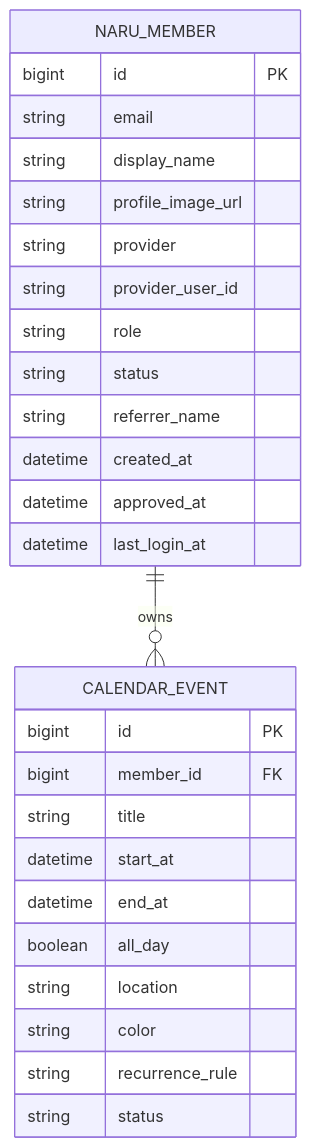
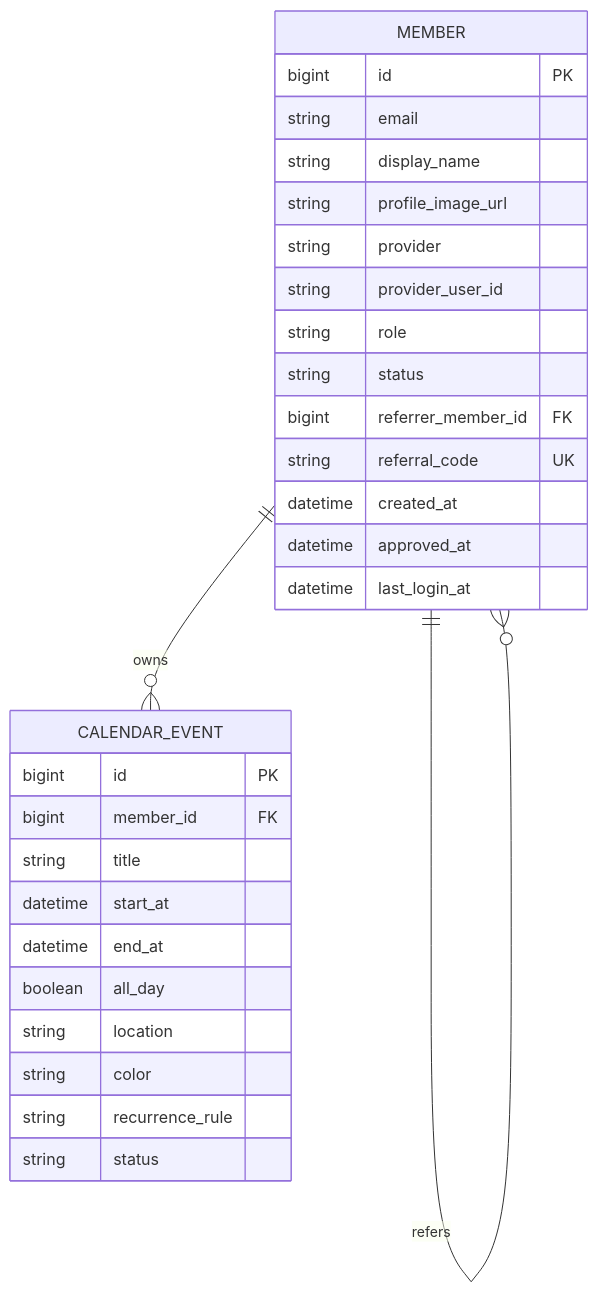
Before and after one commit to HoBaeBang/naruworks-platform: the fourth of 4 diagrams in docs/architecture/auth-membership-google-approval.md, drawn with Mermaid. The commit also changed other lines of this file and 10 other files, not shown here.

````diff
--- a/docs/architecture/auth-membership-google-approval.md
+++ b/docs/architecture/auth-membership-google-approval.md
@@ -336,32 +375,34 @@
 ```mermaid
 erDiagram
-    NARU_MEMBER ||--o{ CALENDAR_EVENT : owns
+    MEMBER ||--o{ CALENDAR_EVENT : owns
+    MEMBER ||--o{ MEMBER : refers
 
-    NARU_MEMBER {
+    MEMBER {
         bigint id PK
         string email
         string display_name
         string profile_image_url
         string provider
         string provider_user_id
         string role
         string status
-        string referrer_name
+        bigint referrer_member_id FK
+        string referral_code UK
         datetime created_at
         datetime approved_at
         datetime last_login_at
     }
 
     CALENDAR_EVENT {
         bigint id PK
         bigint member_id FK
         string title
         datetime start_at
         datetime end_at
         boolean all_day
         string location
         string color
         string recurrence_rule
         string status
     }
 ```
````
